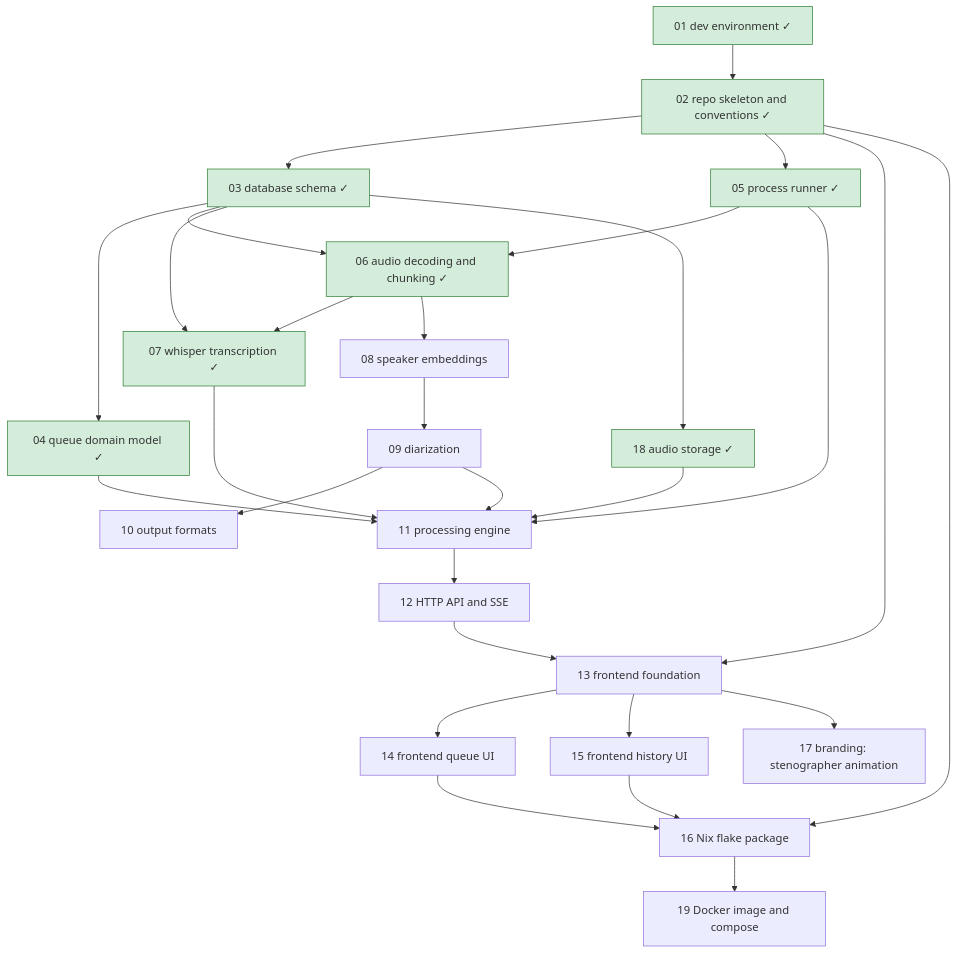
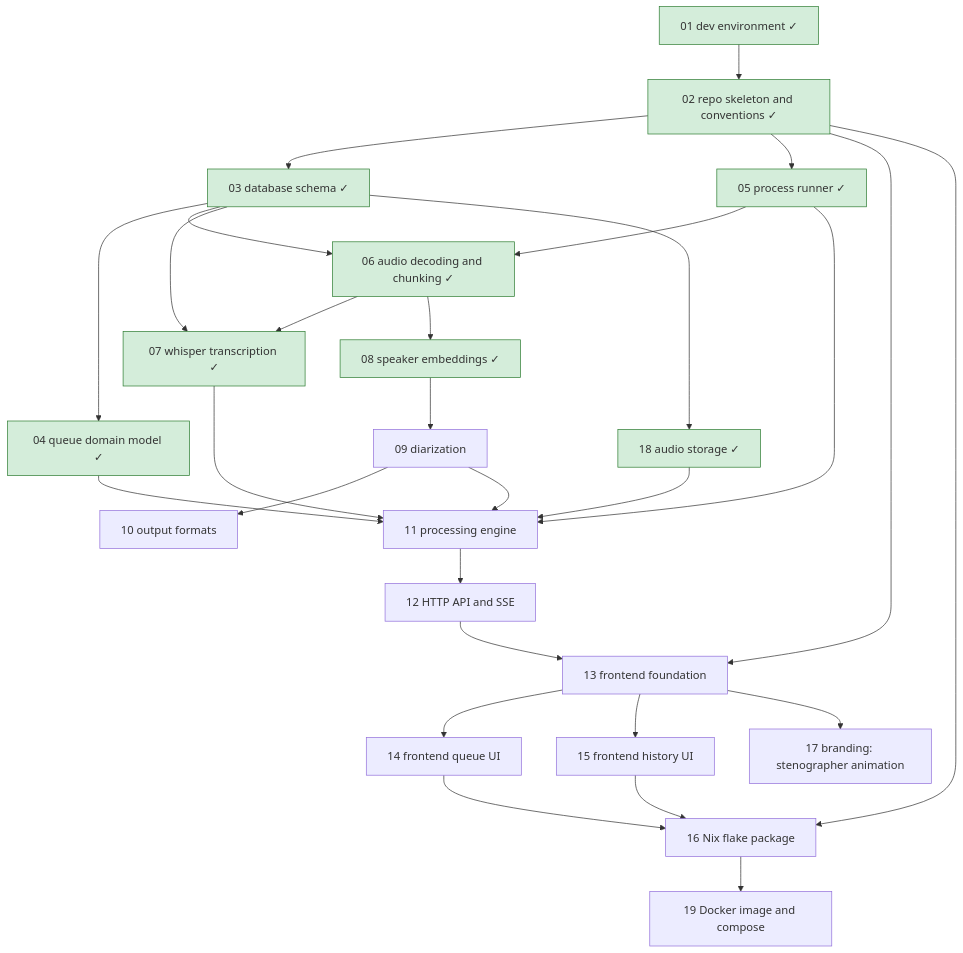
Before and after one commit to lulu-berlin/speech-to-text-app: the diagram in roadmap/README.md, drawn with Mermaid. The commit also changed other lines of this file and 2 other files, not shown here.

Commit message:
Complete roadmap item 08: move spec to docs/specs/speaker-embeddings.md

````diff
--- a/roadmap/README.md
+++ b/roadmap/README.md
@@ -17,31 +17,31 @@
 ```mermaid
 graph TD
   01[01 dev environment ✓]:::done --> 02[02 repo skeleton and conventions ✓]:::done
   02 --> 03[03 database schema ✓]:::done
   03 --> 04[04 queue domain model ✓]:::done
   02 --> 05[05 process runner ✓]:::done
   05 --> 06[06 audio decoding and chunking ✓]:::done
   03 --> 06
   06 --> 07[07 whisper transcription ✓]:::done
   03 --> 07
-  06 --> 08[08 speaker embeddings]
+  06 --> 08[08 speaker embeddings ✓]:::done
   08 --> 09[09 diarization]
   09 --> 10[10 output formats]
   04 --> 11[11 processing engine]
   05 --> 11
   07 --> 11
   09 --> 11
   03 --> 18[18 audio storage ✓]:::done
   18 --> 11
   11 --> 12[12 HTTP API and SSE]
   02 --> 13[13 frontend foundation]
   12 --> 13
   13 --> 14[14 frontend queue UI]
   13 --> 15[15 frontend history UI]
   02 --> 16[16 Nix flake package]
   14 --> 16
   15 --> 16
   13 --> 17[17 branding: stenographer animation]
   16 --> 19[19 Docker image and compose]
   classDef done fill:#d4edda,stroke:#2e7d32
 ```
````
